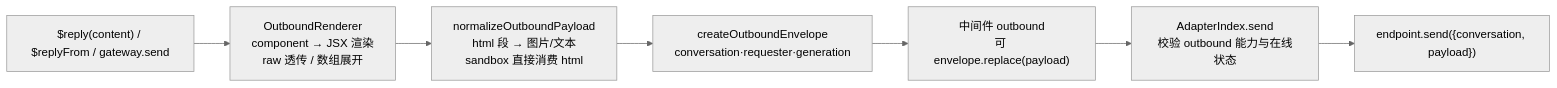
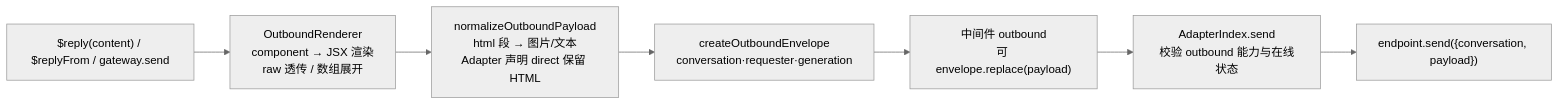
The second of 2 diagrams in docs/concepts/message-flow.md (zhinjs/zhin), drawn with Mermaid (neutral theme) before and after one commit. The commit also changed other lines of this file and 151 other files, not shown here.

````diff
--- a/docs/concepts/message-flow.md
+++ b/docs/concepts/message-flow.md
@@ -79,9 +79,9 @@
 ```mermaid
 flowchart LR
     A["$reply(content) / $replyFrom / gateway.send"] --> R[OutboundRenderer<br/>component → JSX 渲染<br/>raw 透传 / 数组展开]
-    R --> N[normalizeOutboundPayload<br/>html 段 → 图片/文本<br/>sandbox 直接消费 html]
+    R --> N[normalizeOutboundPayload<br/>html 段 → 图片/文本<br/>Adapter 声明 direct 保留 HTML]
     N --> V["createOutboundEnvelope<br/>conversation·requester·generation"]
     V --> MW["中间件 outbound<br/>可 envelope.replace(payload)"]
     MW --> S[AdapterIndex.send<br/>校验 outbound 能力与在线状态]
     S --> E["endpoint.send({conversation, payload})"]
 ```
````
